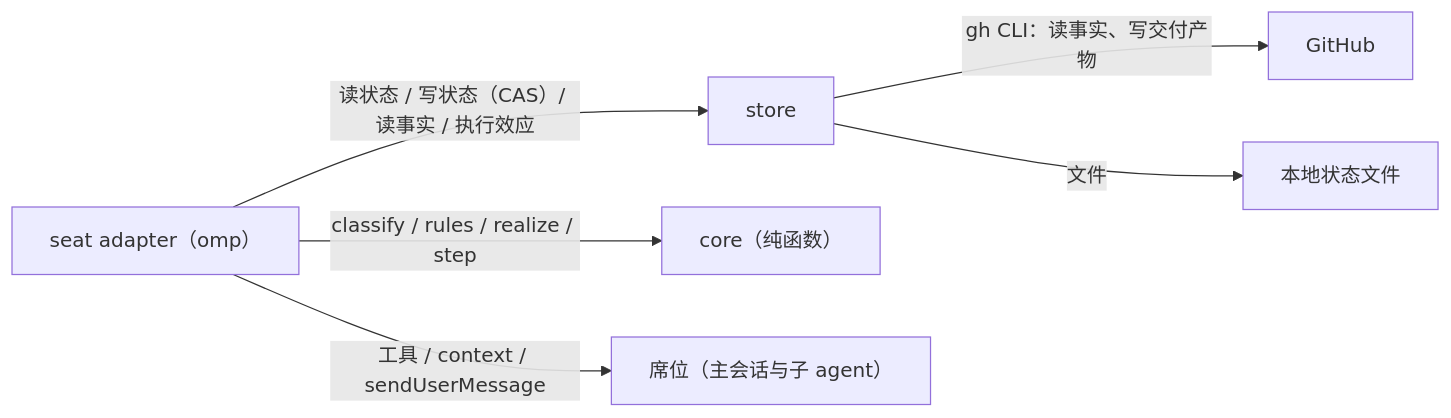
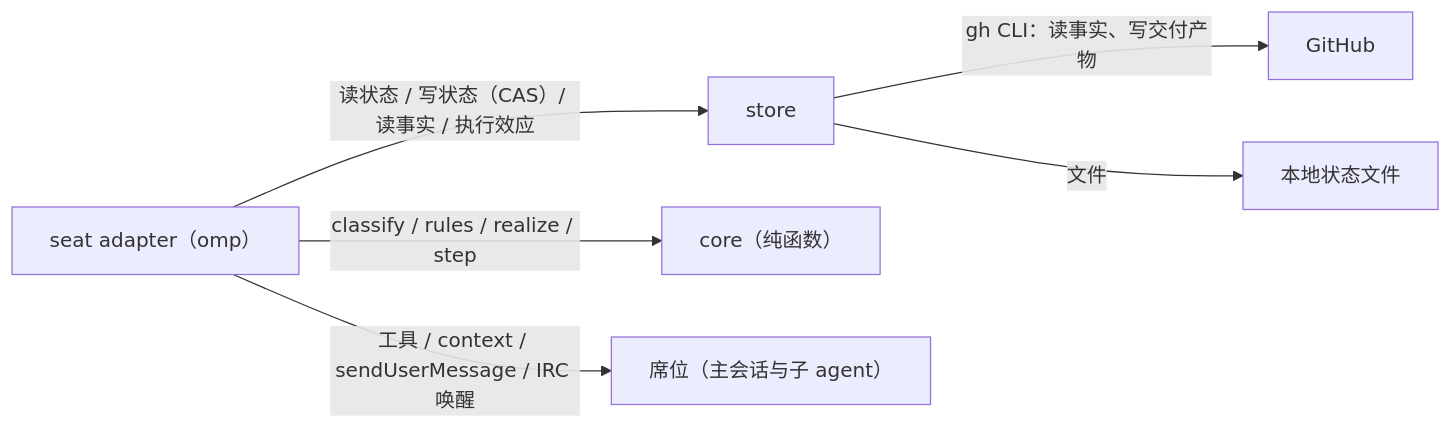
The diagram in docs/design/omp-roundtable.md (mouriya-s-lab/omp-roundtable), drawn with Mermaid before and after one commit. The commit also changed other lines of this file and 32 other files, not shown here.

First line of the commit message:
E2E fixes: GraphQL fragments and node budget, program wake via IrcBus, reply templates in main briefs

````diff
--- a/docs/design/omp-roundtable.md
+++ b/docs/design/omp-roundtable.md
@@ -140,8 +140,8 @@
 ```mermaid
 flowchart LR
   SA["seat adapter（omp）"] -->|"读状态 / 写状态（CAS）/ 读事实 / 执行效应"| ST["store"]
   SA -->|"classify / rules / realize / step"| CO["core（纯函数）"]
   ST -->|"gh CLI：读事实、写交付产物"| GH["GitHub"]
   ST -->|"文件"| LO["本地状态文件"]
-  SA -->|"工具 / context / sendUserMessage"| SEATS["席位（主会话与子 agent）"]
+  SA -->|"工具 / context / sendUserMessage / IRC 唤醒"| SEATS["席位（主会话与子 agent）"]
 ```
````
